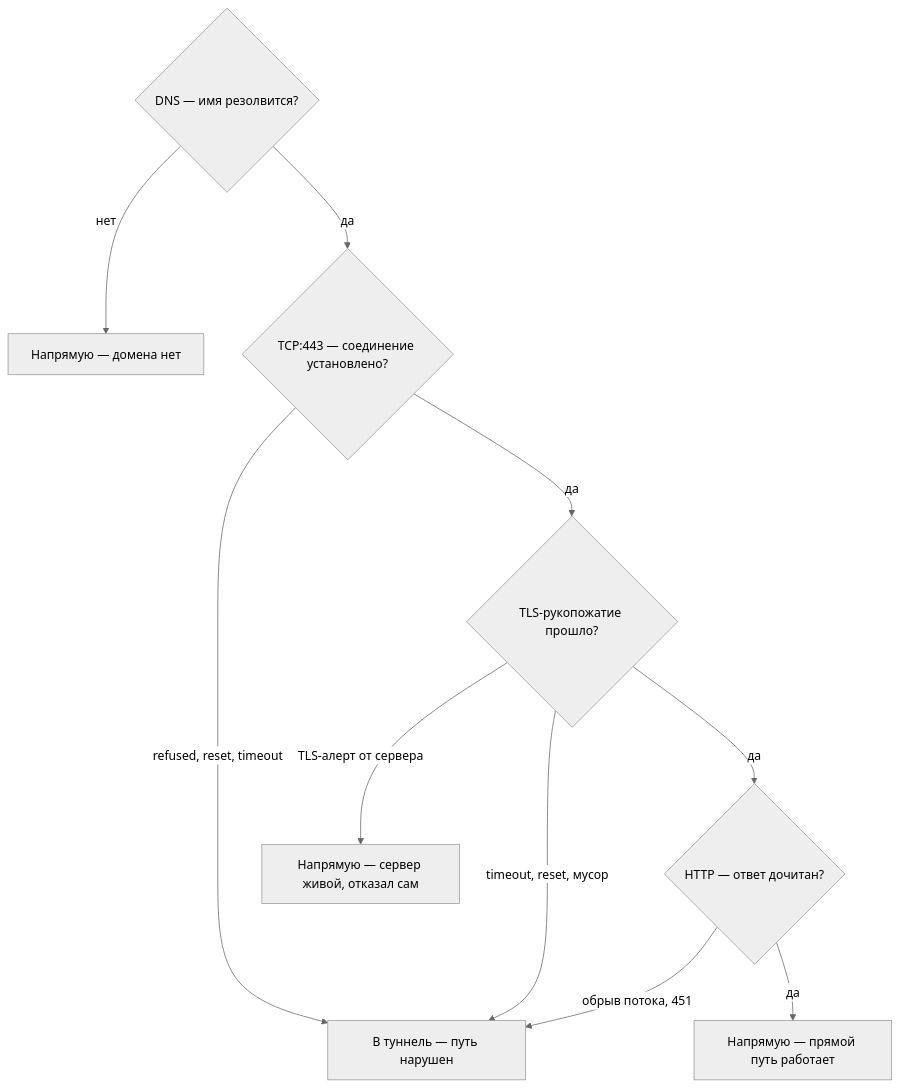
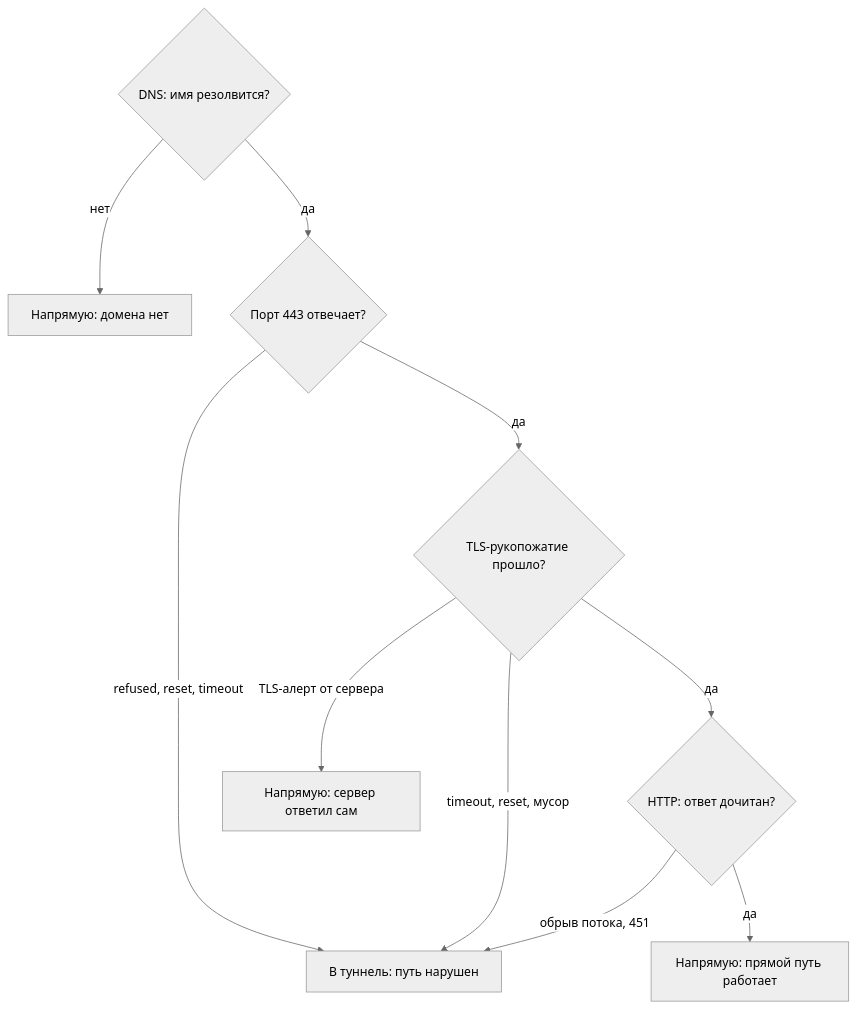
One commit to belotserkovtsev/Ladon changed the second of 2 diagrams in docs/methodology.md. Above: the diagram before and after it, drawn with Mermaid (neutral theme). The commit also changed other lines of this file, not shown here.

````diff
--- a/docs/methodology.md
+++ b/docs/methodology.md
@@ -85,12 +85,12 @@
 ```mermaid
 flowchart TD
-    DNS{"DNS — имя резолвится?"} -->|нет| C1["Напрямую — домена нет"]
-    DNS -->|да| TCP{"TCP:443 — соединение установлено?"}
-    TCP -->|refused, reset, timeout| TUN["В туннель — путь нарушен"]
+    DNS{"DNS: имя резолвится?"} -->|нет| C1["Напрямую: домена нет"]
+    DNS -->|да| TCP{"Порт 443 отвечает?"}
+    TCP -->|refused, reset, timeout| TUN["В туннель: путь нарушен"]
     TCP -->|да| TLS{"TLS-рукопожатие прошло?"}
-    TLS -->|TLS-алерт от сервера| C2["Напрямую — сервер живой, отказал сам"]
+    TLS -->|TLS-алерт от сервера| C2["Напрямую: сервер ответил сам"]
     TLS -->|timeout, reset, мусор| TUN
-    TLS -->|да| HTTP{"HTTP — ответ дочитан?"}
+    TLS -->|да| HTTP{"HTTP: ответ дочитан?"}
     HTTP -->|обрыв потока, 451| TUN
-    HTTP -->|да| C3["Напрямую — прямой путь работает"]
+    HTTP -->|да| C3["Напрямую: прямой путь работает"]
 ```
````
